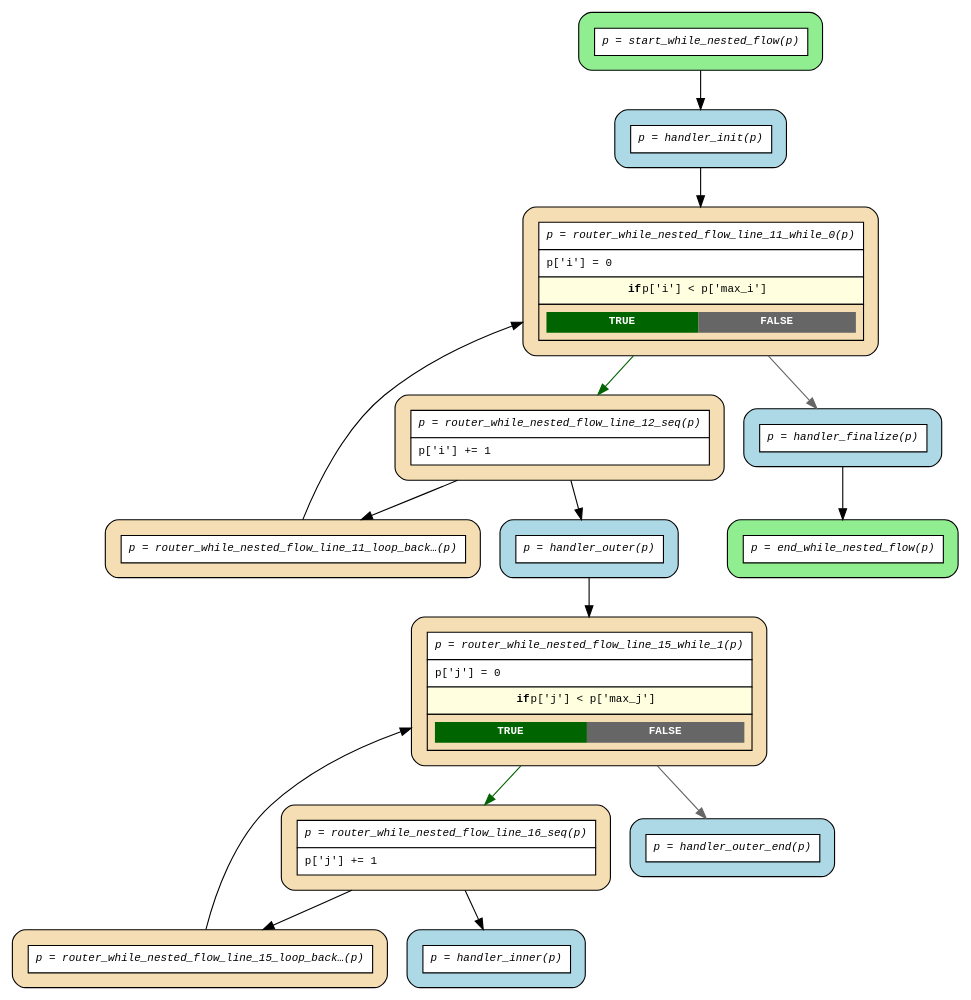
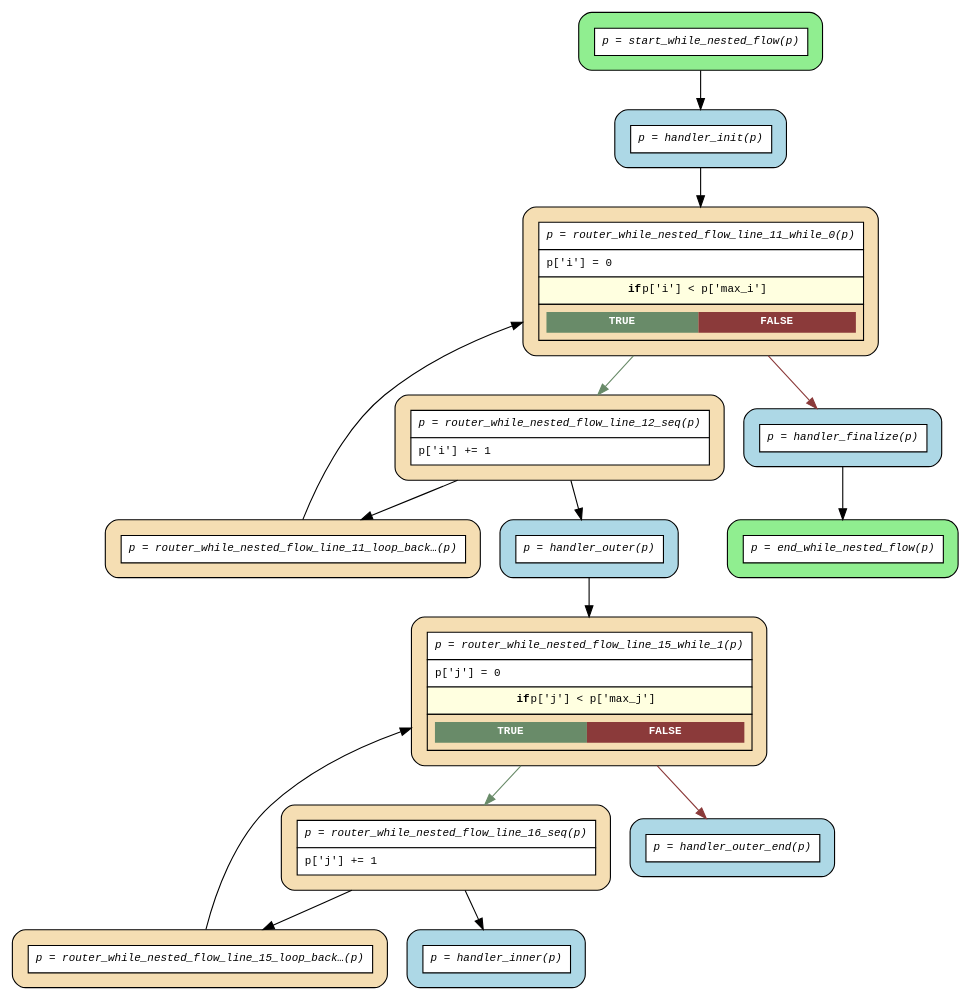
One commit to deliveryhero/asya changed the diagram in examples/flows/compiled/while_nested/flow.dot. Above: the diagram before and after it, drawn with Graphviz. The commit also changed 59 other files, not shown here.

```diff
--- a/examples/flows/compiled/while_nested/flow.dot
+++ b/examples/flows/compiled/while_nested/flow.dot
@@ -1,35 +1,35 @@
 digraph flow {
   rankdir=TB;
   graph [fontname="Courier", fontsize=10];
   node [fontname="Courier", fontsize=10, shape=box, style="filled,rounded", margin="0.2"];
   edge [fontname="Courier", fontsize=10];
 
   start_while_nested_flow [fillcolor="lightgreen", label=<<table border="0" cellspacing="0" cellpadding="6" cellborder="1"><tr><td bgcolor="white" align="center"><i>p = start_while_nested_flow(p)</i></td></tr></table>>];
   router_while_nested_flow_line_16_seq [fillcolor="wheat", label=<<table border="0" cellspacing="0" cellpadding="6" cellborder="1"><tr><td bgcolor="white" align="center"><i>p = router_while_nested_flow_line_16_seq(p)</i></td></tr><tr><td bgcolor="white" align="left">p['j'] += 1</td></tr></table>>];
   router_while_nested_flow_line_15_loop_back_1 [fillcolor="wheat", label=<<table border="0" cellspacing="0" cellpadding="6" cellborder="1"><tr><td bgcolor="white" align="center"><i>p = router_while_nested_flow_line_15_loop_back…(p)</i></td></tr></table>>];
-  router_while_nested_flow_line_15_while_1 [fillcolor="wheat", label=<<table border="0" cellspacing="0" cellpadding="6" cellborder="1"><tr><td bgcolor="white" align="center"><i>p = router_while_nested_flow_line_15_while_1(p)</i></td></tr><tr><td bgcolor="white" align="left">p['j'] = 0</td></tr><tr><td bgcolor="lightyellow"><b>if</b> p['j'] &lt; p['max_j']</td></tr><tr><td><table border="0" cellspacing="0" cellpadding="4"><tr><td bgcolor="darkgreen"><font color="white"><b>TRUE</b></font></td><td bgcolor="gray40"><font color="white"><b>FALSE</b></font></td></tr></table></td></tr></table>>];
+  router_while_nested_flow_line_15_while_1 [fillcolor="wheat", label=<<table border="0" cellspacing="0" cellpadding="6" cellborder="1"><tr><td bgcolor="white" align="center"><i>p = router_while_nested_flow_line_15_while_1(p)</i></td></tr><tr><td bgcolor="white" align="left">p['j'] = 0</td></tr><tr><td bgcolor="lightyellow"><b>if</b> p['j'] &lt; p['max_j']</td></tr><tr><td><table border="0" cellspacing="0" cellpadding="4"><tr><td bgcolor="darkseagreen4"><font color="white"><b>TRUE</b></font></td><td bgcolor="indianred4"><font color="white"><b>FALSE</b></font></td></tr></table></td></tr></table>>];
   router_while_nested_flow_line_12_seq [fillcolor="wheat", label=<<table border="0" cellspacing="0" cellpadding="6" cellborder="1"><tr><td bgcolor="white" align="center"><i>p = router_while_nested_flow_line_12_seq(p)</i></td></tr><tr><td bgcolor="white" align="left">p['i'] += 1</td></tr></table>>];
   router_while_nested_flow_line_11_loop_back_0 [fillcolor="wheat", label=<<table border="0" cellspacing="0" cellpadding="6" cellborder="1"><tr><td bgcolor="white" align="center"><i>p = router_while_nested_flow_line_11_loop_back…(p)</i></td></tr></table>>];
-  router_while_nested_flow_line_11_while_0 [fillcolor="wheat", label=<<table border="0" cellspacing="0" cellpadding="6" cellborder="1"><tr><td bgcolor="white" align="center"><i>p = router_while_nested_flow_line_11_while_0(p)</i></td></tr><tr><td bgcolor="white" align="left">p['i'] = 0</td></tr><tr><td bgcolor="lightyellow"><b>if</b> p['i'] &lt; p['max_i']</td></tr><tr><td><table border="0" cellspacing="0" cellpadding="4"><tr><td bgcolor="darkgreen"><font color="white"><b>TRUE</b></font></td><td bgcolor="gray40"><font color="white"><b>FALSE</b></font></td></tr></table></td></tr></table>>];
+  router_while_nested_flow_line_11_while_0 [fillcolor="wheat", label=<<table border="0" cellspacing="0" cellpadding="6" cellborder="1"><tr><td bgcolor="white" align="center"><i>p = router_while_nested_flow_line_11_while_0(p)</i></td></tr><tr><td bgcolor="white" align="left">p['i'] = 0</td></tr><tr><td bgcolor="lightyellow"><b>if</b> p['i'] &lt; p['max_i']</td></tr><tr><td><table border="0" cellspacing="0" cellpadding="4"><tr><td bgcolor="darkseagreen4"><font color="white"><b>TRUE</b></font></td><td bgcolor="indianred4"><font color="white"><b>FALSE</b></font></td></tr></table></td></tr></table>>];
   end_while_nested_flow [fillcolor="lightgreen", label=<<table border="0" cellspacing="0" cellpadding="6" cellborder="1"><tr><td bgcolor="white" align="center"><i>p = end_while_nested_flow(p)</i></td></tr></table>>];
   handler_finalize [fillcolor="lightblue", label=<<table border="0" cellspacing="0" cellpadding="6" cellborder="1"><tr><td bgcolor="white" align="center"><i>p = handler_finalize(p)</i></td></tr></table>>];
   handler_init [fillcolor="lightblue", label=<<table border="0" cellspacing="0" cellpadding="6" cellborder="1"><tr><td bgcolor="white" align="center"><i>p = handler_init(p)</i></td></tr></table>>];
   handler_inner [fillcolor="lightblue", label=<<table border="0" cellspacing="0" cellpadding="6" cellborder="1"><tr><td bgcolor="white" align="center"><i>p = handler_inner(p)</i></td></tr></table>>];
   handler_outer [fillcolor="lightblue", label=<<table border="0" cellspacing="0" cellpadding="6" cellborder="1"><tr><td bgcolor="white" align="center"><i>p = handler_outer(p)</i></td></tr></table>>];
   handler_outer_end [fillcolor="lightblue", label=<<table border="0" cellspacing="0" cellpadding="6" cellborder="1"><tr><td bgcolor="white" align="center"><i>p = handler_outer_end(p)</i></td></tr></table>>];
 
   handler_finalize -> end_while_nested_flow;
   handler_init -> router_while_nested_flow_line_11_while_0;
   handler_outer -> router_while_nested_flow_line_15_while_1;
   router_while_nested_flow_line_11_loop_back_0 -> router_while_nested_flow_line_11_while_0 [constraint=false];
-  router_while_nested_flow_line_11_while_0 -> handler_finalize [color=gray40];
-  router_while_nested_flow_line_11_while_0 -> router_while_nested_flow_line_12_seq [color=darkgreen];
+  router_while_nested_flow_line_11_while_0 -> handler_finalize [color=indianred4];
+  router_while_nested_flow_line_11_while_0 -> router_while_nested_flow_line_12_seq [color=darkseagreen4];
   router_while_nested_flow_line_12_seq -> handler_outer;
   router_while_nested_flow_line_12_seq -> router_while_nested_flow_line_11_loop_back_0;
   router_while_nested_flow_line_15_loop_back_1 -> router_while_nested_flow_line_15_while_1 [constraint=false];
-  router_while_nested_flow_line_15_while_1 -> handler_outer_end [color=gray40];
-  router_while_nested_flow_line_15_while_1 -> router_while_nested_flow_line_16_seq [color=darkgreen];
+  router_while_nested_flow_line_15_while_1 -> handler_outer_end [color=indianred4];
+  router_while_nested_flow_line_15_while_1 -> router_while_nested_flow_line_16_seq [color=darkseagreen4];
   router_while_nested_flow_line_16_seq -> handler_inner;
   router_while_nested_flow_line_16_seq -> router_while_nested_flow_line_15_loop_back_1;
   start_while_nested_flow -> handler_init;
 }
```
